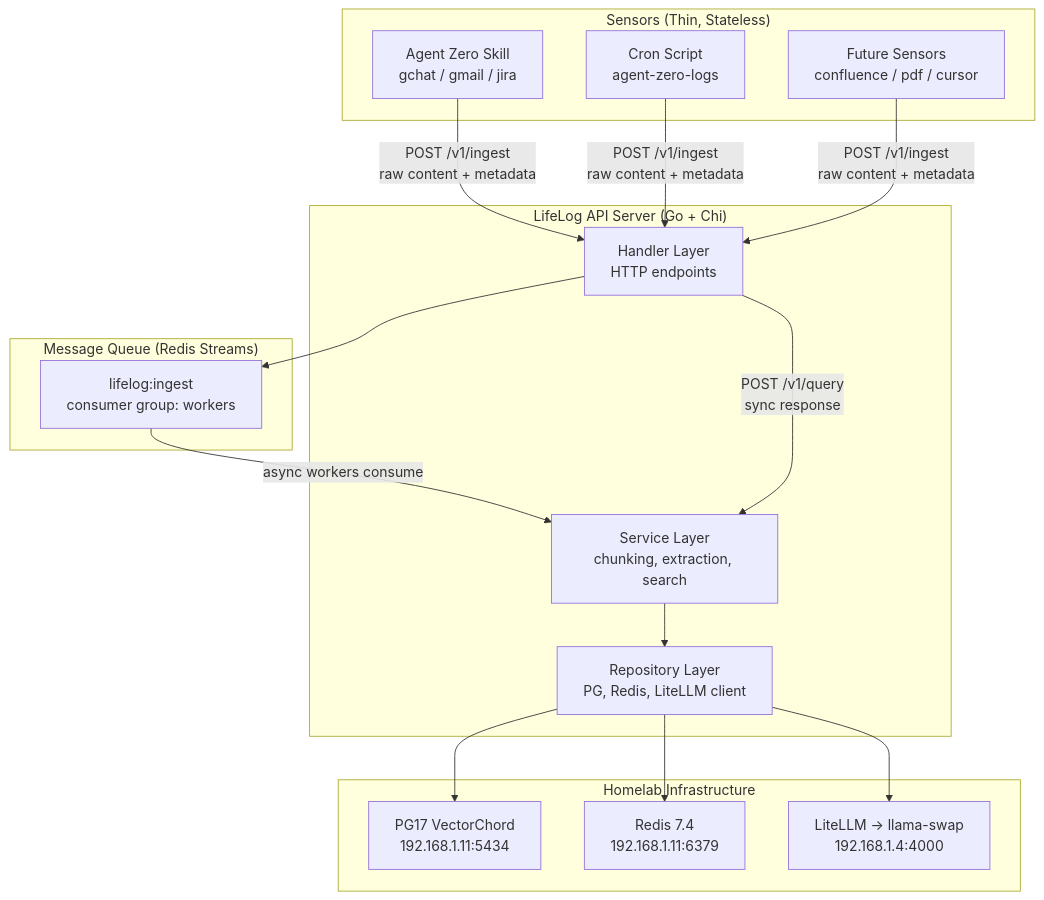
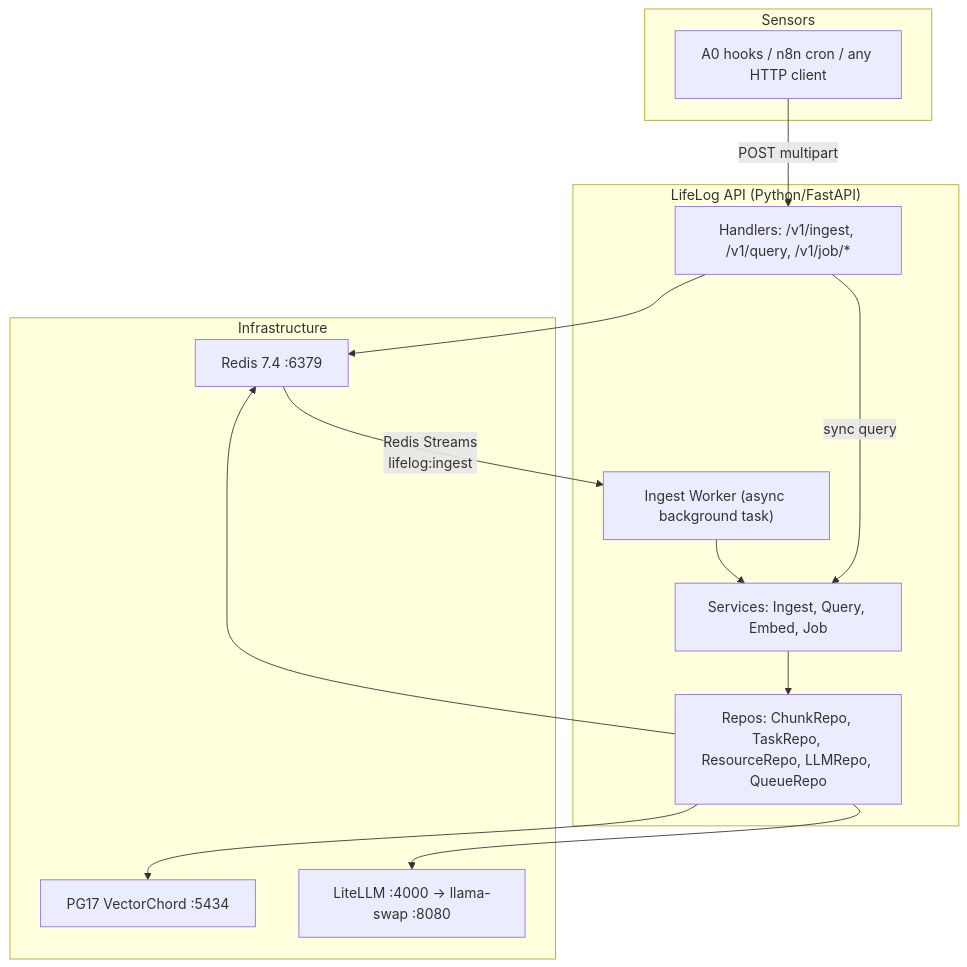
The first of 3 diagrams in LifeLog.md (MichaelBui/AgentZero), drawn with Mermaid before and after one commit. The commit also changed other lines of this file and 2 other files, not shown here.

````diff
--- a/LifeLog.md
+++ b/LifeLog.md
@@ -9,31 +7,22 @@
 ```mermaid
 flowchart TD
-    subgraph Sensors["Sensors (Thin, Stateless)"]
-        S1["Agent Zero Skill\ngchat / gmail / jira"]
-        S2["Cron Script\nagent-zero-logs"]
-        S3["Future Sensors\nconfluence / pdf / cursor"]
+    subgraph Sensors["Sensors"]
+        S1["A0 hooks / n8n cron / any HTTP client"]
     end
-
-    subgraph Queue["Message Queue (Redis Streams)"]
-        RS["lifelog:ingest\nconsumer group: workers"]
+    subgraph API["LifeLog API (Python/FastAPI)"]
+        H["Handlers: /v1/ingest, /v1/query, /v1/job/*"]
+        W["Ingest Worker (async background task)"]
+        SVC["Services: Ingest, Query, Embed, Job"]
+        REPO["Repos: ChunkRepo, TaskRepo, ResourceRepo, LLMRepo, QueueRepo"]
     end
-
-    subgraph API["LifeLog API Server (Go + Chi)"]
-        H["Handler Layer\nHTTP endpoints"]
-        SVC["Service Layer\nchunking, extraction, search"]
-        REPO["Repository Layer\nPG, Redis, LiteLLM client"]
+    subgraph Infra["Infrastructure"]
+        PG["PG17 VectorChord :5434"]
+        RD["Redis 7.4 :6379"]
+        LLM["LiteLLM :4000 -> llama-swap :8080"]
     end
-
-    subgraph Infra["Homelab Infrastructure"]
-        PG["PG17 VectorChord\n192.168.1.11:5434"]
-        RD["Redis 7.4\n192.168.1.11:6379"]
-        LLM["LiteLLM -> llama-swap\n192.168.1.4:4000"]
-    end
-
-    S1 & S2 & S3 -->|"POST /v1/ingest\nraw content + metadata"| H
-    H --> RS
-    RS -->|"async workers consume"| SVC
-    SVC --> REPO
+    S1 -->|"POST multipart"| H
+    H --> RD
+    RD -->|"Redis Streams\nlifelog:ingest"| W --> SVC --> REPO
     REPO --> PG & RD & LLM
-    H -->|"POST /v1/query\nsync response"| SVC
+    H -->|"sync query"| SVC
 ```
````
